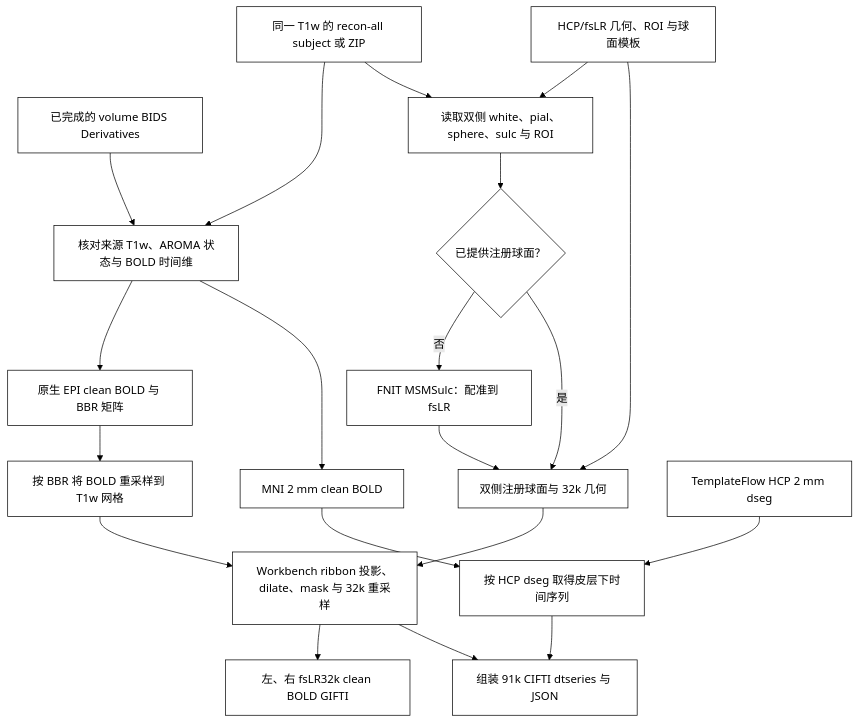
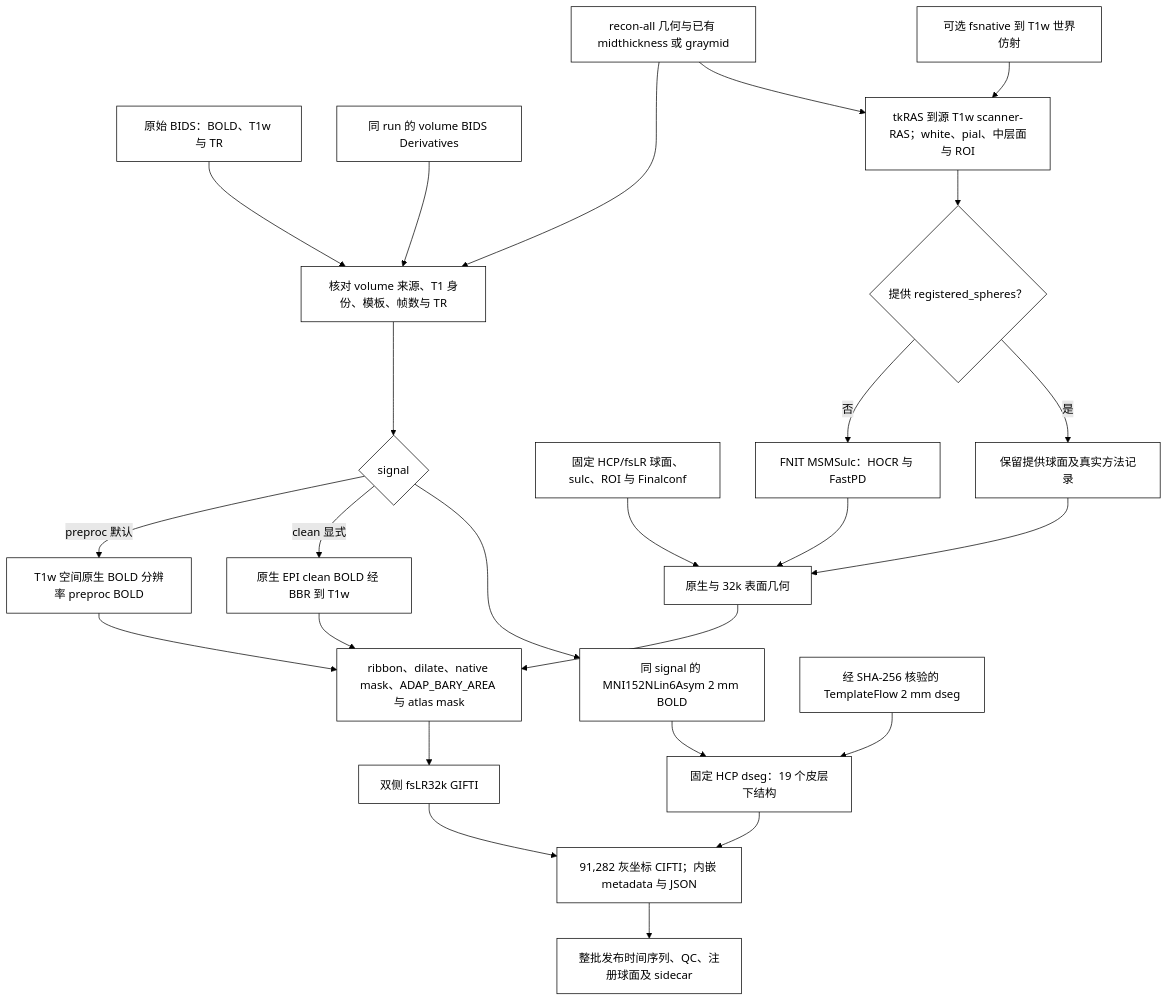
Before and after one commit to weikanggong1/Fudan-Neuroimaging-toolkit: the diagram in docs/fmri/surface.md, drawn with Mermaid (forest theme). The commit also changed other lines of this file and 90 other files, not shown here.

````diff
--- a/docs/fmri/surface.md
+++ b/docs/fmri/surface.md
@@ -9,22 +82,26 @@
 ```mermaid
 flowchart TD
-    VOL["已完成的 volume BIDS Derivatives"] --> CHECK["核对来源 T1w、AROMA 状态与 BOLD 时间维"]
-    FS["同一 T1w 的 recon-all subject 或 ZIP"] --> CHECK
-    CHECK --> NATIVE["原生 EPI clean BOLD 与 BBR 矩阵"]
-    CHECK --> MNI["MNI 2 mm clean BOLD"]
-    NATIVE --> T1BOLD["按 BBR 将 BOLD 重采样到 T1w 网格"]
-    FS --> GEO["读取双侧 white、pial、sphere、sulc 与 ROI"]
-    HCP["HCP/fsLR 几何、ROI 与球面模板"] --> GEO
-    GEO --> SPHERE{"已提供注册球面？"}
-    SPHERE -- 否 --> MSM["FNIT MSMSulc：配准到 fsLR"] --> READY["双侧注册球面与 32k 几何"]
-    SPHERE -- 是 --> READY
-    HCP --> READY
-    T1BOLD --> PROJ["Workbench ribbon 投影、dilate、mask 与 32k 重采样"]
+    RAW["原始 BIDS：BOLD、T1w 与 TR"] --> CHECK["核对 volume 来源、T1 身份、模板、帧数与 TR"]
+    VOL["同 run 的 volume BIDS Derivatives"] --> CHECK
+    FS["recon-all 几何与已有 midthickness 或 graymid"] --> CHECK
+    CHECK --> SIGNAL{"signal"}
+    SIGNAL -- preproc 默认 --> T1BOLD["T1w 空间原生 BOLD 分辨率 preproc BOLD"]
+    SIGNAL -- clean 显式 --> CLEAN["原生 EPI clean BOLD 经 BBR 到 T1w"]
+    SIGNAL --> MNI["同 signal 的 MNI152NLin6Asym 2 mm BOLD"]
+    FS --> GEO["tkRAS 到源 T1w scanner-RAS；white、pial、中层面与 ROI"]
+    XFM["可选 fsnative 到 T1w 世界仿射"] --> GEO
+    HCP["固定 HCP/fsLR 球面、sulc、ROI 与 Finalconf"] --> READY["原生与 32k 表面几何"]
+    GEO --> SPHERE{"提供 registered_spheres？"}
+    SPHERE -- 否 --> MSM["FNIT MSMSulc：HOCR 与 FastPD"] --> READY
+    SPHERE -- 是 --> PROVIDED["保留提供球面及真实方法记录"] --> READY
+    T1BOLD --> PROJ["ribbon、dilate、native mask、ADAP_BARY_AREA 与 atlas mask"]
+    CLEAN --> PROJ
     READY --> PROJ
-    PROJ --> GIFTI["左、右 fsLR32k clean BOLD GIFTI"]
-    MNI --> SUB["按 HCP dseg 取得皮层下时间序列"]
-    DSEG["TemplateFlow HCP 2 mm dseg"] --> SUB
-    PROJ --> CIFTI["组装 91k CIFTI dtseries 与 JSON"]
+    PROJ --> GIFTI["双侧 fsLR32k GIFTI"]
+    MNI --> SUB["固定 HCP dseg：19 个皮层下结构"]
+    DSEG["经 SHA-256 核验的 TemplateFlow 2 mm dseg"] --> SUB
+    GIFTI --> CIFTI["91,282 灰坐标 CIFTI；内嵌 metadata 与 JSON"]
     SUB --> CIFTI
+    CIFTI --> OUT["整批发布时间序列、QC、注册球面及 sidecar"]
     classDef default fill:#ffffff,stroke:#000000,color:#000000;
 ```
````
